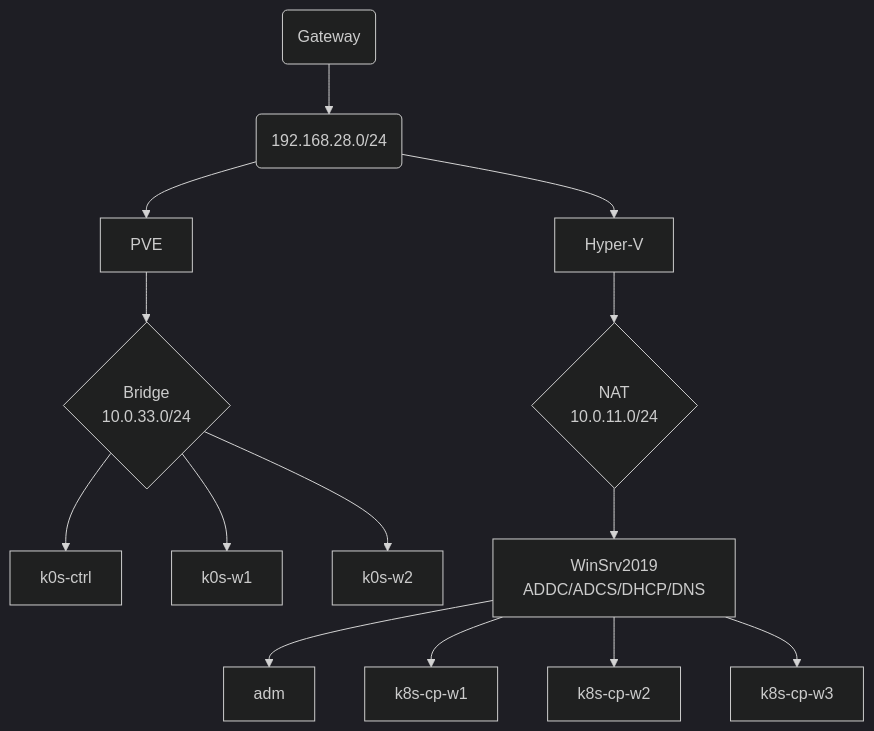
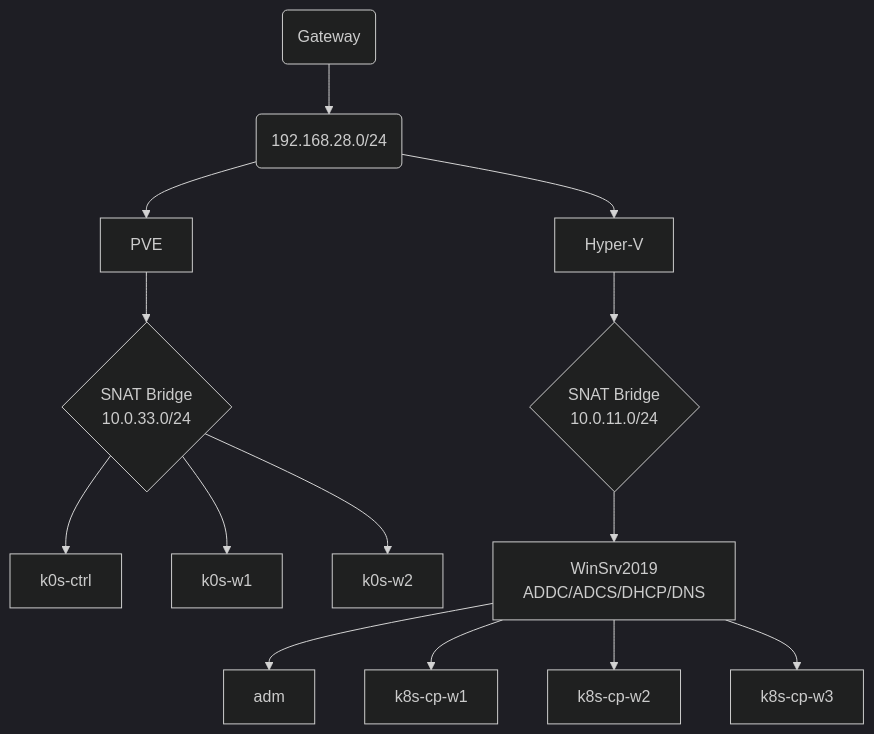
One commit to sempernow/pve changed the diagram in README.md. Above: the diagram before and after it, drawn with Mermaid (dark theme).

Commit message:
README.md @ 2026-03-01T01:17Z

````diff
--- a/README.md
+++ b/README.md
@@ -32,18 +32,18 @@
 ```mermaid
 flowchart TD
     A(Gateway) -->B(192.168.28.0/24)
     B --> C[PVE]
-    C --> P{Bridge
+    C --> P{SNAT Bridge
     10.0.33.0/24}
     P --> k0s-ctrl
     P --> k0s-w1
     P --> k0s-w2
-    B --> Hyper-V --> D{NAT
+    B --> Hyper-V --> D{SNAT Bridge
     10.0.11.0/24}
     D --> W[WinSrv2019
     ADDC/ADCS/DHCP/DNS]
     W --> adm
     W --> k8s-cp-w1
     W --> k8s-cp-w2
     W --> k8s-cp-w3
 ```
````
